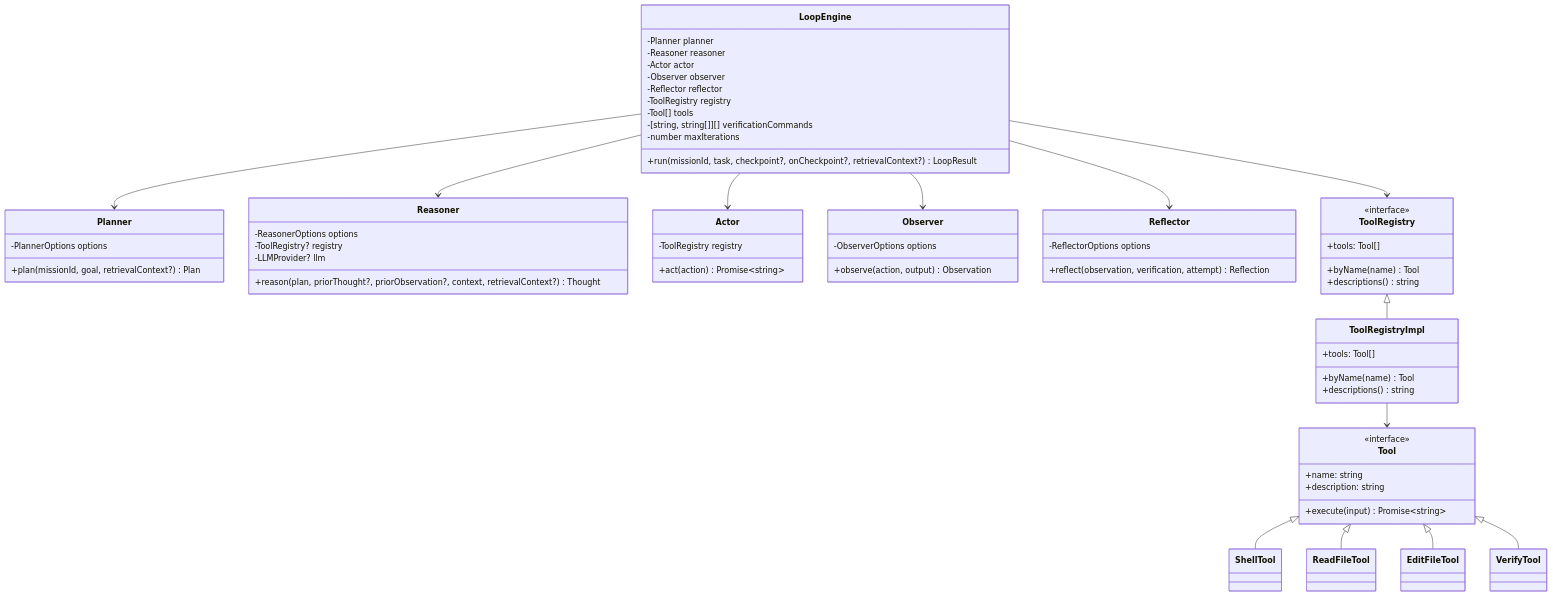
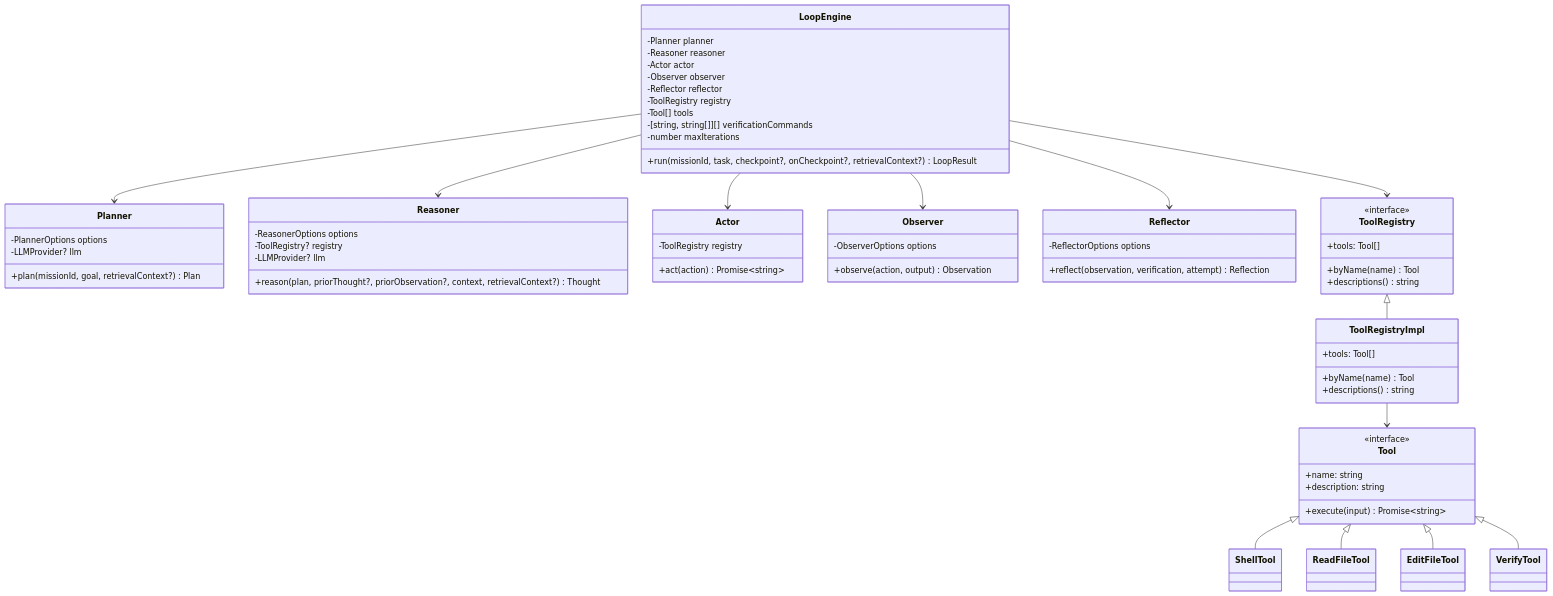
The second of 8 diagrams in docs/CLASS_DIAGRAMS.md (rajataijarvis-coder/build-long-running-cell), drawn with Mermaid before and after one commit. The commit also changed other lines of this file and 1 other file, not shown here.

Commit message:
P2.3: review and update sequence and class diagrams for current code

````diff
--- a/docs/CLASS_DIAGRAMS.md
+++ b/docs/CLASS_DIAGRAMS.md
@@ -136,80 +168,81 @@
 ```mermaid
 classDiagram
     class LoopEngine {
         -Planner planner
         -Reasoner reasoner
         -Actor actor
         -Observer observer
         -Reflector reflector
         -ToolRegistry registry
         -Tool[] tools
         -[string, string[]][] verificationCommands
         -number maxIterations
         +run(missionId, task, checkpoint?, onCheckpoint?, retrievalContext?) LoopResult
     }
 
     class Planner {
         -PlannerOptions options
+        -LLMProvider? llm
         +plan(missionId, goal, retrievalContext?) Plan
     }
 
     class Reasoner {
         -ReasonerOptions options
         -ToolRegistry? registry
         -LLMProvider? llm
         +reason(plan, priorThought?, priorObservation?, context, retrievalContext?) Thought
     }
 
     class Actor {
         -ToolRegistry registry
         +act(action) Promise~string~
     }
 
     class Observer {
         -ObserverOptions options
         +observe(action, output) Observation
     }
 
     class Reflector {
         -ReflectorOptions options
         +reflect(observation, verification, attempt) Reflection
     }
 
     class ToolRegistry {
         <<interface>>
         +tools: Tool[]
         +byName(name) Tool
         +descriptions() string
     }
 
     class ToolRegistryImpl {
         +tools: Tool[]
         +byName(name) Tool
         +descriptions() string
     }
 
     class Tool {
         <<interface>>
         +name: string
         +description: string
         +execute(input) Promise~string~
     }
 
     class ShellTool
     class ReadFileTool
     class EditFileTool
     class VerifyTool
 
     LoopEngine --> Planner
     LoopEngine --> Reasoner
     LoopEngine --> Actor
     LoopEngine --> Observer
     LoopEngine --> Reflector
     LoopEngine --> ToolRegistry
     ToolRegistry <|-- ToolRegistryImpl
     ToolRegistryImpl --> Tool
     Tool <|-- ShellTool
     Tool <|-- ReadFileTool
     Tool <|-- EditFileTool
     Tool <|-- VerifyTool
 ```
````
